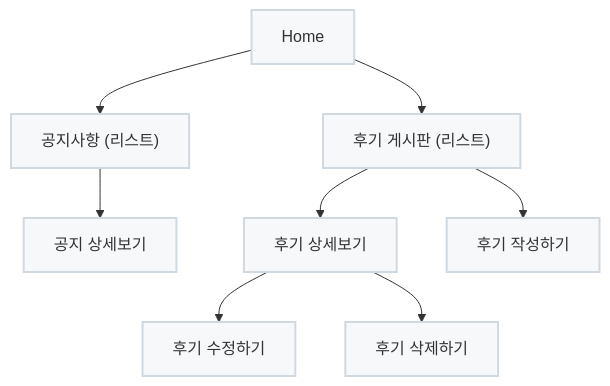
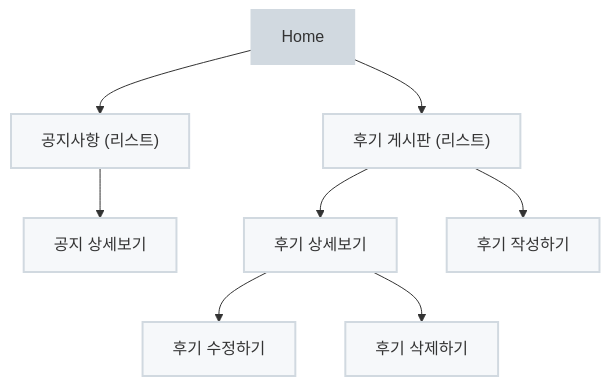
Before and after one commit to eunji-ad/color_mode: the diagram in README.md, drawn with Mermaid.

````diff
--- a/README.md
+++ b/README.md
@@ -100,25 +100,25 @@
 ```mermaid
 flowchart TD
     Home --> NoticeList["공지사항 (리스트)"]
     NoticeList --> NoticeDetail["공지 상세보기"]
 
     Home --> ReviewList["후기 게시판 (리스트)"]
     ReviewList --> ReviewDetail["후기 상세보기"]
     ReviewList --> ReviewWrite["후기 작성하기"]
 
     ReviewDetail --> ReviewEdit["후기 수정하기"]
     ReviewDetail --> ReviewDelete["후기 삭제하기"]
 
 
     %% 스타일 정의
-    classDef home fill:#F6F8FA,color:#333,stroke:#D1D9E0,stroke-width:2px, padding:0px;
+    classDef home fill:#D1D9E0,color:#333,stroke:#D1D9E0,stroke-width:2px, padding:0px;
     classDef list fill:#F6F8FA,color:#333,stroke:#D1D9E0,stroke-width:2px, padding:0px;
     classDef detail fill:#F6F8FA,color:#333,stroke:#D1D9E0,stroke-width:2px, padding:0px;
     classDef action fill:#F6F8FA,color:#333,stroke:#D1D9E0,stroke-width:2px, padding:0px;
 
     %% 스타일 적용
     class Home home;
     class NoticeList,ReviewList list;
     class NoticeDetail,ReviewDetail detail;
     class ReviewWrite,ReviewEdit,ReviewDelete action;
 ```
````
